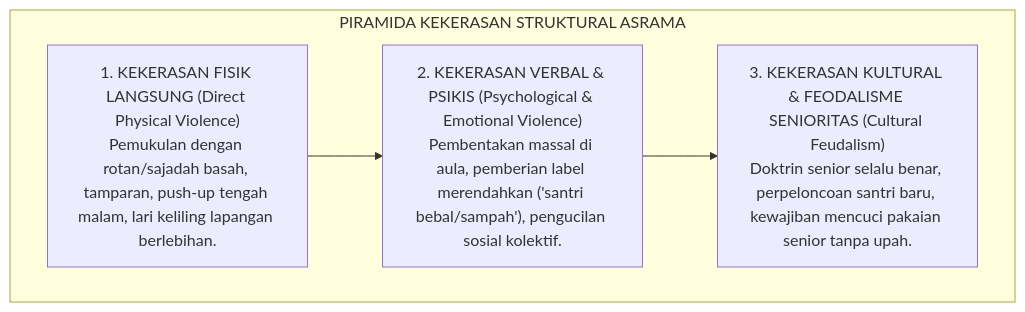
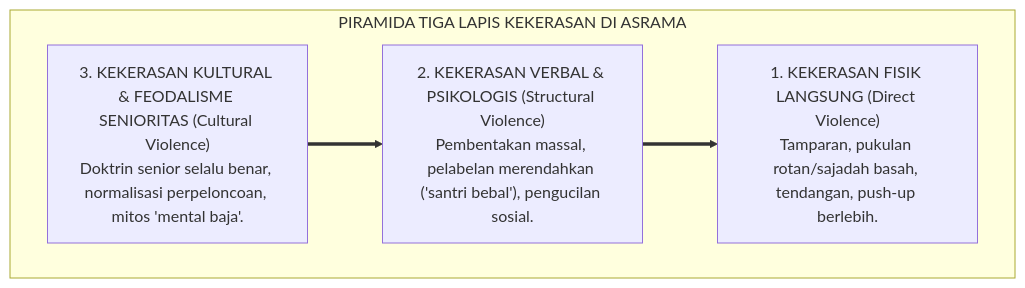
Before and after one commit to wandiapriliyandi/tumbuh: the second of 5 diagrams in BOOK-SERIES/Volume-01/Bab-01-Krisis-Karakter-dan-Urgensi-Rekonstruksi/02-Fenomenologi-Kekerasan-dan-Senioritas-Feodal.md, drawn with Mermaid. The commit also changed other lines of this file, not shown here.

Commit message:
docs(bab-1.2): rekonstruksi naskah master monograf dekonstruksi kekerasan & feodalisme senioritas dengan alur mengalir dan menggugah jiwa

````diff
--- a/BOOK-SERIES/Volume-01/Bab-01-Krisis-Karakter-dan-Urgensi-Rekonstruksi/02-Fenomenologi-Kekerasan-dan-Senioritas-Feodal.md
+++ b/BOOK-SERIES/Volume-01/Bab-01-Krisis-Karakter-dan-Urgensi-Rekonstruksi/02-Fenomenologi-Kekerasan-dan-Senioritas-Feodal.md
@@ -16,10 +37,10 @@
 ```mermaid
 graph TD
-    subgraph PiramidaKekerasan["PIRAMIDA KEKERASAN STRUKTURAL ASRAMA"]
-        Puncak["1. KEKERASAN FISIK LANGSUNG (Direct Physical Violence)<br/>Pemukulan dengan rotan/sajadah basah, tamparan, push-up tengah malam, lari keliling lapangan berlebihan."]
-        Tengah["2. KEKERASAN VERBAL & PSIKIS (Psychological & Emotional Violence)<br/>Pembentakan massal di aula, pemberian label merendahkan ('santri bebal/sampah'), pengucilan sosial kolektif."]
-        Dasar["3. KEKERASAN KULTURAL & FEODALISME SENIORITAS (Cultural Feudalism)<br/>Doktrin senior selalu benar, perpeloncoan santri baru, kewajiban mencuci pakaian senior tanpa upah."]
+    subgraph PiramidaKekerasan["PIRAMIDA TIGA LAPIS KEKERASAN DI ASRAMA"]
+        Puncak["1. KEKERASAN FISIK LANGSUNG (Direct Violence)<br/>Tamparan, pukulan rotan/sajadah basah, tendangan, push-up berlebih."]
+        Tengah["2. KEKERASAN VERBAL & PSIKOLOGIS (Structural Violence)<br/>Pembentakan massal, pelabelan merendahkan ('santri bebal'), pengucilan sosial."]
+        Dasar["3. KEKERASAN KULTURAL & FEODALISME SENIORITAS (Cultural Violence)<br/>Doktrin senior selalu benar, normalisasi perpeloncoan, mitos 'mental baja'."]
         
-        Puncak --> Tengah --> Dasar
+        Dasar ==> Tengah ==> Puncak
     end
 ```
````
